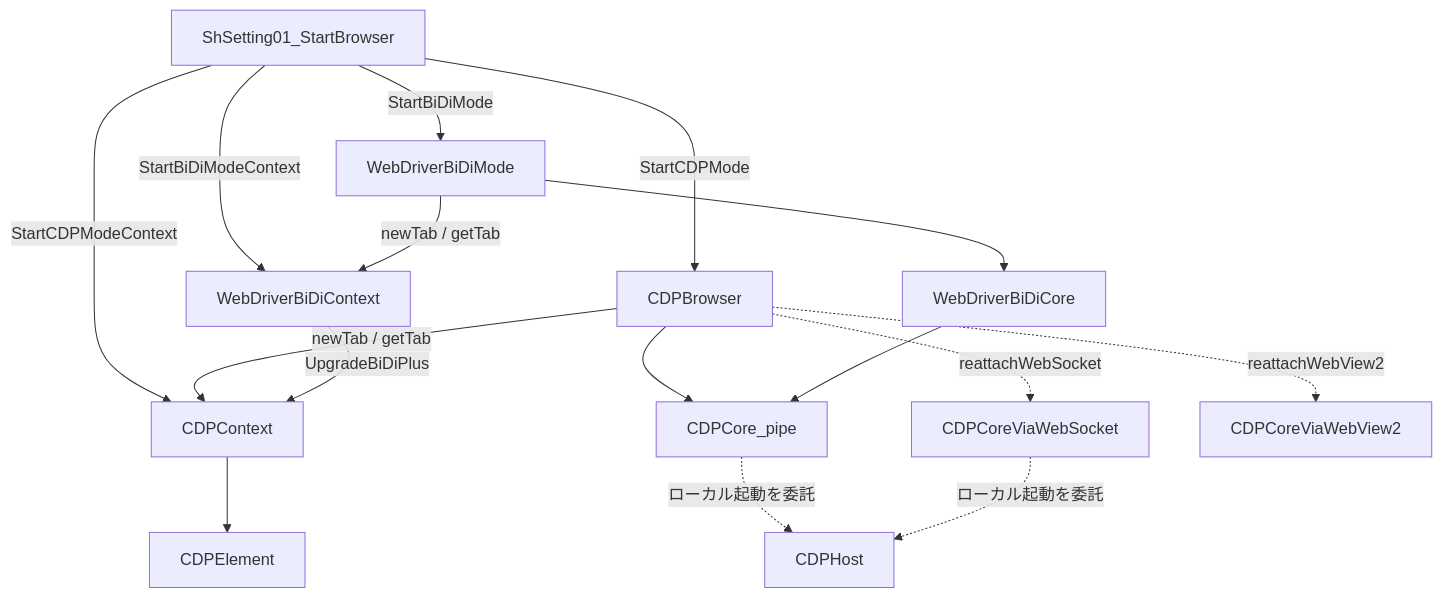
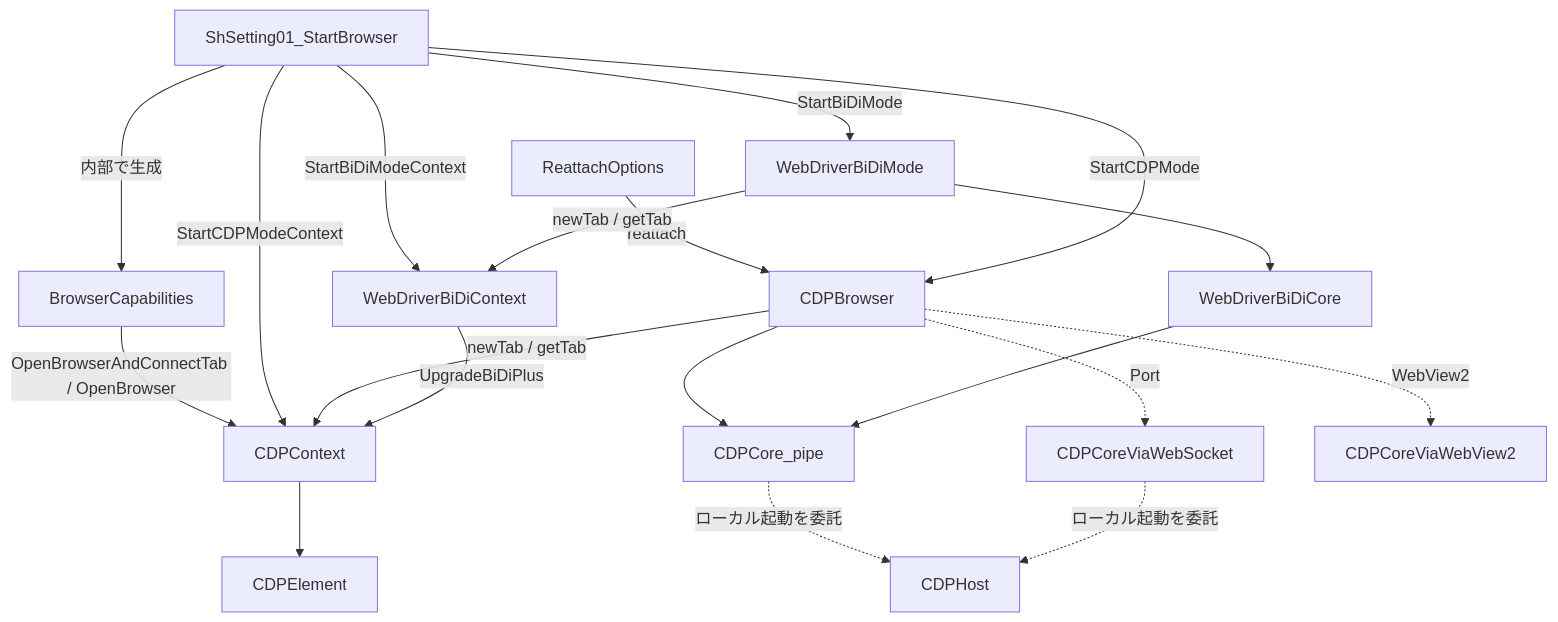
One commit to Eschamali/StarterWebScrapingKit changed the diagram in docs/concepts/architecture.md. Above: the diagram before and after it, drawn with Mermaid. The commit also changed other lines of this file and 22 other files, not shown here.

````diff
--- a/docs/concepts/architecture.md
+++ b/docs/concepts/architecture.md
@@ -9,19 +9,24 @@
 ```mermaid
 flowchart TB
   setting[ShSetting01_StartBrowser]
+  caps[BrowserCapabilities]
+  reopt[ReattachOptions]
+  setting -->|内部で生成| caps
+  caps -->|OpenBrowserAndConnectTab / OpenBrowser| ctxCdp
+  reopt -->|reattach| brCdp
   setting -->|StartCDPModeContext| ctxCdp[CDPContext]
   setting -->|StartCDPMode| brCdp[CDPBrowser]
   setting -->|StartBiDiModeContext| ctxBidi[WebDriverBiDiContext]
   setting -->|StartBiDiMode| modeBidi[WebDriverBiDiMode]
   brCdp -->|newTab / getTab| ctxCdp
   modeBidi -->|newTab / getTab| ctxBidi
   ctxCdp --> el[CDPElement]
   ctxBidi -->|UpgradeBiDiPlus| ctxCdp
   brCdp --> coreCdp[CDPCore_pipe]
   modeBidi --> coreBidi[WebDriverBiDiCore]
   coreBidi --> coreCdp
-  brCdp -.->|reattachWebSocket| coreWs[CDPCoreViaWebSocket]
-  brCdp -.->|reattachWebView2| coreWv2[CDPCoreViaWebView2]
+  brCdp -.->|Port| coreWs[CDPCoreViaWebSocket]
+  brCdp -.->|WebView2| coreWv2[CDPCoreViaWebView2]
   coreCdp -.->|ローカル起動を委託| coreHost[CDPHost]
   coreWs -.->|ローカル起動を委託| coreHost
 ```
````
